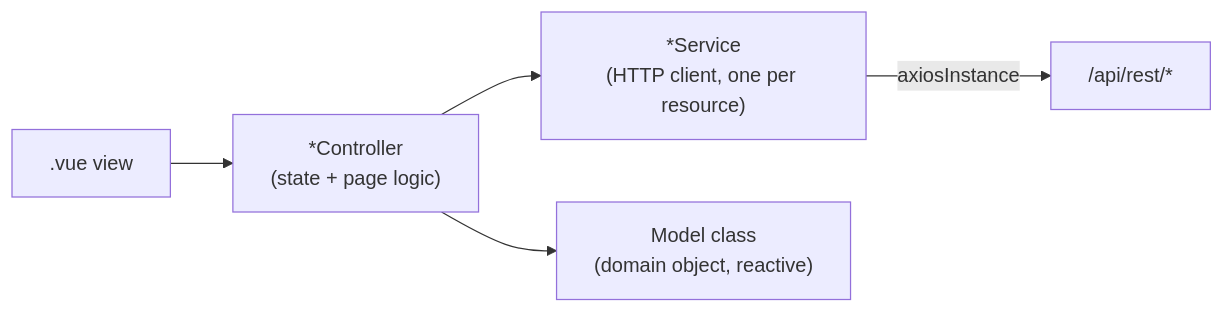
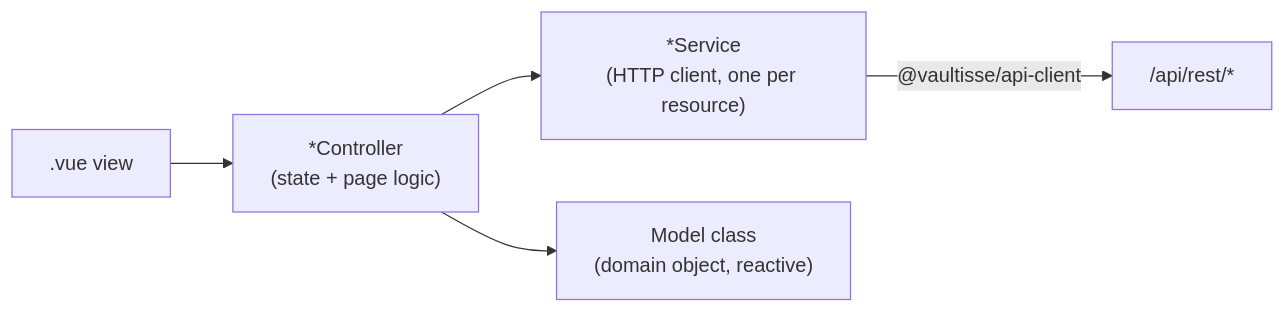
One commit to AlbertAmat/vaultisse changed the diagram in docs/CLIENT-ARCHITECTURE.md. Above: the diagram before and after it, drawn with Mermaid. The commit also changed other lines of this file and 161 other files, not shown here.

First line of the commit message:
Extract shared @vaultisse/types and @vaultisse/api-client packages

````diff
--- a/docs/CLIENT-ARCHITECTURE.md
+++ b/docs/CLIENT-ARCHITECTURE.md
@@ -21,7 +21,7 @@
 ```mermaid
 flowchart LR
     View[".vue view"] --> Controller["*Controller<br/>(state + page logic)"]
     Controller --> Service["*Service<br/>(HTTP client, one per resource)"]
     Controller --> Model["Model class<br/>(domain object, reactive)"]
-    Service -- axiosInstance --> API["/api/rest/*"]
+    Service -- "@vaultisse/api-client" --> API["/api/rest/*"]
 ```
````
